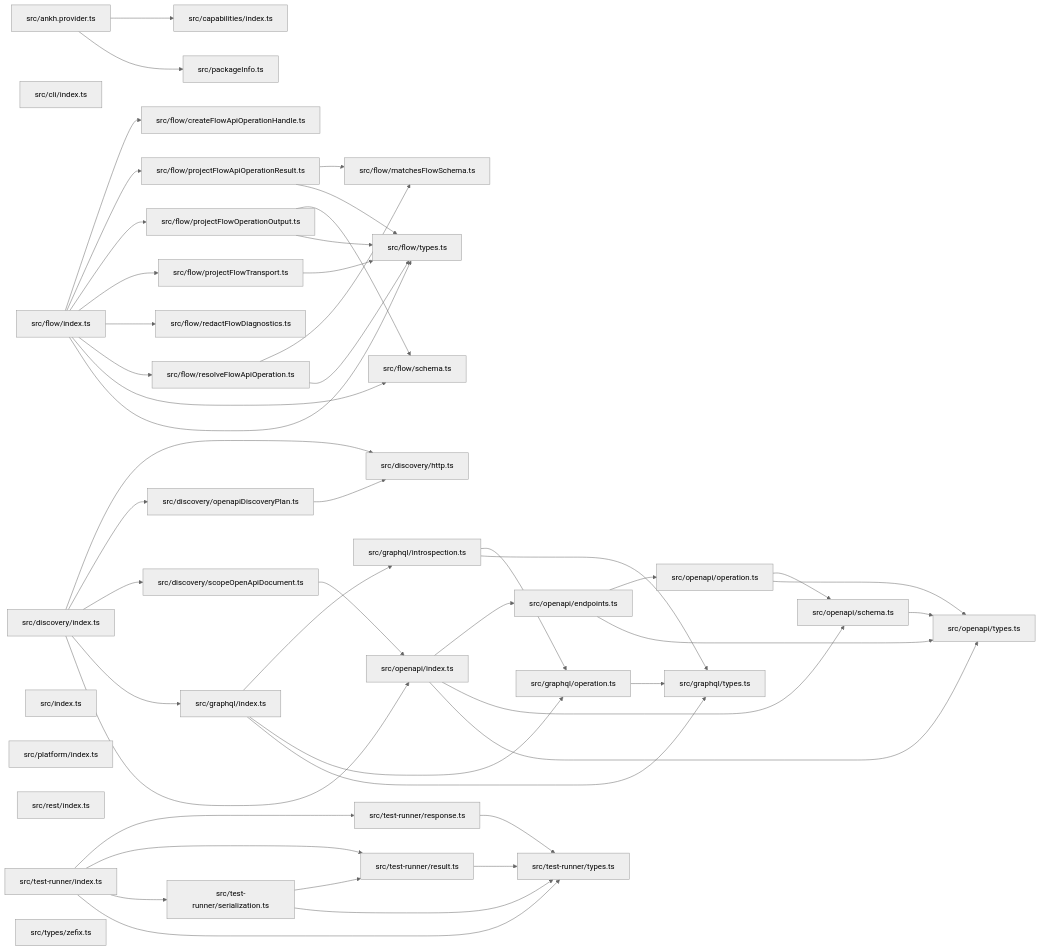
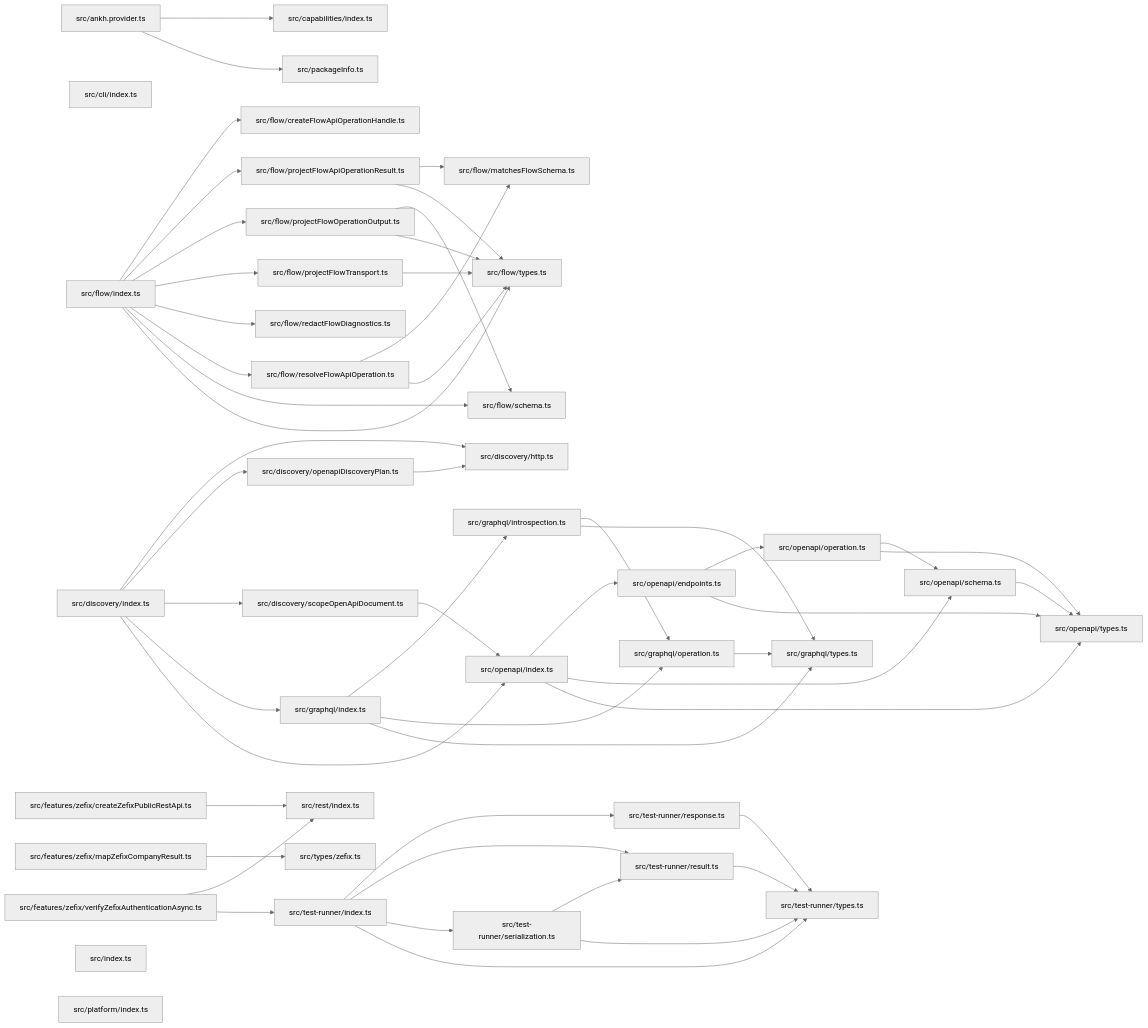
Before and after one commit to ankhorage/data-sources: the diagram in paradox/diagrams/module-relationships.mmd, drawn with Mermaid (neutral theme). The commit also changed 19 other files, not shown here.

```diff
--- a/paradox/diagrams/module-relationships.mmd
+++ b/paradox/diagrams/module-relationships.mmd
@@ -1,83 +1,90 @@
 graph LR
   module_src_ankh_provider_ts["src/ankh.provider.ts"]
   module_src_capabilities_index_ts["src/capabilities/index.ts"]
   module_src_cli_index_ts["src/cli/index.ts"]
   module_src_discovery_http_ts["src/discovery/http.ts"]
   module_src_discovery_index_ts["src/discovery/index.ts"]
   module_src_discovery_openapiDiscoveryPlan_ts["src/discovery/openapiDiscoveryPlan.ts"]
   module_src_discovery_scopeOpenApiDocument_ts["src/discovery/scopeOpenApiDocument.ts"]
+  module_src_features_zefix_createZefixPublicRestApi_ts["src/features/zefix/createZefixPublicRestApi.ts"]
+  module_src_features_zefix_mapZefixCompanyResult_ts["src/features/zefix/mapZefixCompanyResult.ts"]
+  module_src_features_zefix_verifyZefixAuthenticationAsync_ts["src/features/zefix/verifyZefixAuthenticationAsync.ts"]
   module_src_flow_createFlowApiOperationHandle_ts["src/flow/createFlowApiOperationHandle.ts"]
   module_src_flow_index_ts["src/flow/index.ts"]
   module_src_flow_matchesFlowSchema_ts["src/flow/matchesFlowSchema.ts"]
   module_src_flow_projectFlowApiOperationResult_ts["src/flow/projectFlowApiOperationResult.ts"]
   module_src_flow_projectFlowOperationOutput_ts["src/flow/projectFlowOperationOutput.ts"]
   module_src_flow_projectFlowTransport_ts["src/flow/projectFlowTransport.ts"]
   module_src_flow_redactFlowDiagnostics_ts["src/flow/redactFlowDiagnostics.ts"]
   module_src_flow_resolveFlowApiOperation_ts["src/flow/resolveFlowApiOperation.ts"]
   module_src_flow_schema_ts["src/flow/schema.ts"]
   module_src_flow_types_ts["src/flow/types.ts"]
   module_src_graphql_index_ts["src/graphql/index.ts"]
   module_src_graphql_introspection_ts["src/graphql/introspection.ts"]
   module_src_graphql_operation_ts["src/graphql/operation.ts"]
   module_src_graphql_types_ts["src/graphql/types.ts"]
   module_src_index_ts["src/index.ts"]
   module_src_openapi_endpoints_ts["src/openapi/endpoints.ts"]
   module_src_openapi_index_ts["src/openapi/index.ts"]
   module_src_openapi_operation_ts["src/openapi/operation.ts"]
   module_src_openapi_schema_ts["src/openapi/schema.ts"]
   module_src_openapi_types_ts["src/openapi/types.ts"]
   module_src_packageInfo_ts["src/packageInfo.ts"]
   module_src_platform_index_ts["src/platform/index.ts"]
   module_src_rest_index_ts["src/rest/index.ts"]
   module_src_test_runner_index_ts["src/test-runner/index.ts"]
   module_src_test_runner_response_ts["src/test-runner/response.ts"]
   module_src_test_runner_result_ts["src/test-runner/result.ts"]
   module_src_test_runner_serialization_ts["src/test-runner/serialization.ts"]
   module_src_test_runner_types_ts["src/test-runner/types.ts"]
   module_src_types_zefix_ts["src/types/zefix.ts"]
   module_src_ankh_provider_ts --> module_src_capabilities_index_ts
   module_src_ankh_provider_ts --> module_src_packageInfo_ts
   module_src_discovery_index_ts --> module_src_discovery_http_ts
   module_src_discovery_index_ts --> module_src_discovery_openapiDiscoveryPlan_ts
   module_src_discovery_index_ts --> module_src_discovery_scopeOpenApiDocument_ts
   module_src_discovery_index_ts --> module_src_graphql_index_ts
   module_src_discovery_index_ts --> module_src_openapi_index_ts
   module_src_discovery_openapiDiscoveryPlan_ts --> module_src_discovery_http_ts
   module_src_discovery_scopeOpenApiDocument_ts --> module_src_openapi_index_ts
+  module_src_features_zefix_createZefixPublicRestApi_ts --> module_src_rest_index_ts
+  module_src_features_zefix_mapZefixCompanyResult_ts --> module_src_types_zefix_ts
+  module_src_features_zefix_verifyZefixAuthenticationAsync_ts --> module_src_rest_index_ts
+  module_src_features_zefix_verifyZefixAuthenticationAsync_ts --> module_src_test_runner_index_ts
   module_src_flow_index_ts --> module_src_flow_createFlowApiOperationHandle_ts
   module_src_flow_index_ts --> module_src_flow_projectFlowApiOperationResult_ts
   module_src_flow_index_ts --> module_src_flow_projectFlowOperationOutput_ts
   module_src_flow_index_ts --> module_src_flow_projectFlowTransport_ts
   module_src_flow_index_ts --> module_src_flow_redactFlowDiagnostics_ts
   module_src_flow_index_ts --> module_src_flow_resolveFlowApiOperation_ts
   module_src_flow_index_ts --> module_src_flow_schema_ts
   module_src_flow_index_ts --> module_src_flow_types_ts
   module_src_flow_projectFlowApiOperationResult_ts --> module_src_flow_matchesFlowSchema_ts
   module_src_flow_projectFlowApiOperationResult_ts --> module_src_flow_types_ts
   module_src_flow_projectFlowOperationOutput_ts --> module_src_flow_schema_ts
   module_src_flow_projectFlowOperationOutput_ts --> module_src_flow_types_ts
   module_src_flow_projectFlowTransport_ts --> module_src_flow_types_ts
   module_src_flow_resolveFlowApiOperation_ts --> module_src_flow_matchesFlowSchema_ts
   module_src_flow_resolveFlowApiOperation_ts --> module_src_flow_types_ts
   module_src_graphql_index_ts --> module_src_graphql_introspection_ts
   module_src_graphql_index_ts --> module_src_graphql_operation_ts
   module_src_graphql_index_ts --> module_src_graphql_types_ts
   module_src_graphql_introspection_ts --> module_src_graphql_operation_ts
   module_src_graphql_introspection_ts --> module_src_graphql_types_ts
   module_src_graphql_operation_ts --> module_src_graphql_types_ts
   module_src_openapi_endpoints_ts --> module_src_openapi_operation_ts
   module_src_openapi_endpoints_ts --> module_src_openapi_types_ts
   module_src_openapi_index_ts --> module_src_openapi_endpoints_ts
   module_src_openapi_index_ts --> module_src_openapi_schema_ts
   module_src_openapi_index_ts --> module_src_openapi_types_ts
   module_src_openapi_operation_ts --> module_src_openapi_schema_ts
   module_src_openapi_operation_ts --> module_src_openapi_types_ts
   module_src_openapi_schema_ts --> module_src_openapi_types_ts
   module_src_test_runner_index_ts --> module_src_test_runner_response_ts
   module_src_test_runner_index_ts --> module_src_test_runner_result_ts
   module_src_test_runner_index_ts --> module_src_test_runner_serialization_ts
   module_src_test_runner_index_ts --> module_src_test_runner_types_ts
   module_src_test_runner_response_ts --> module_src_test_runner_types_ts
   module_src_test_runner_result_ts --> module_src_test_runner_types_ts
   module_src_test_runner_serialization_ts --> module_src_test_runner_result_ts
   module_src_test_runner_serialization_ts --> module_src_test_runner_types_ts
```
